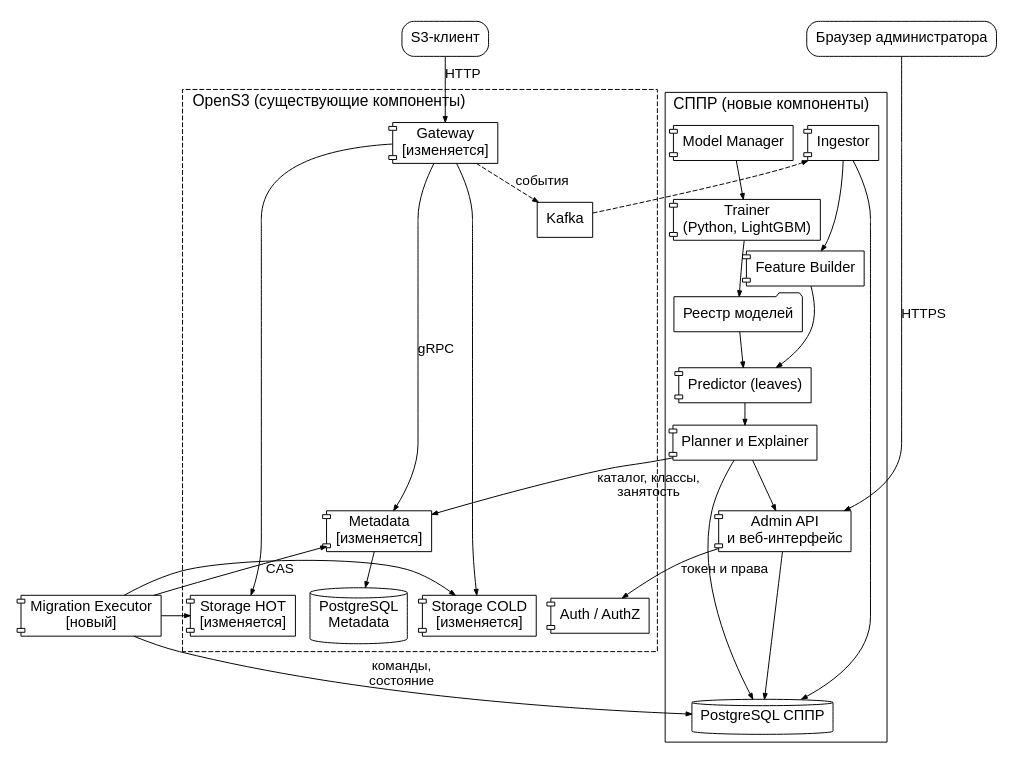
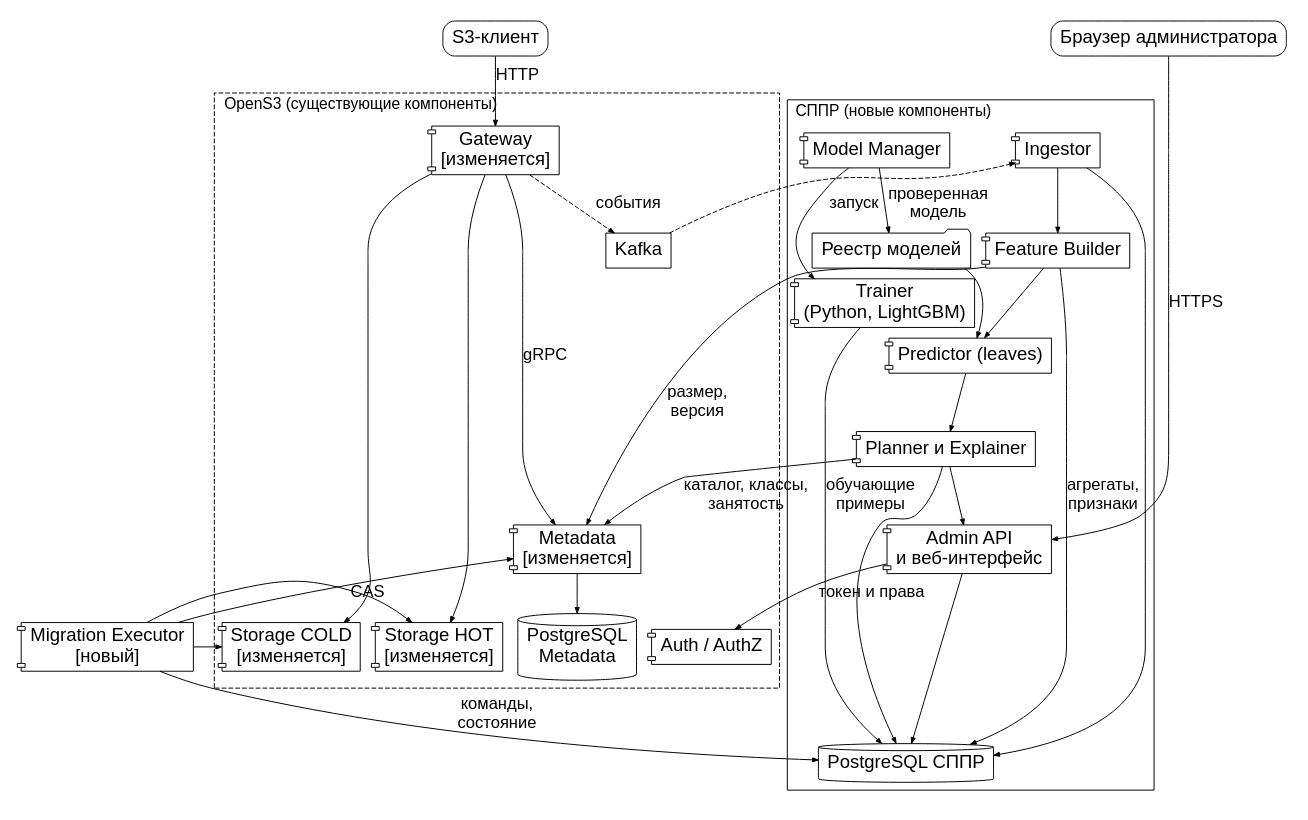
The diagram in 40 - Projects/Диплом/images/src/components.dot (WithSoull/obsidian), drawn with Graphviz before and after one commit. The commit also changed 67 other files, not shown here.

```diff
--- a/40 - Projects/Диплом/images/src/components.dot
+++ b/40 - Projects/Диплом/images/src/components.dot
@@ -1,54 +1,59 @@
 digraph components {
   graph [rankdir=TB, fontname="Arial", fontsize=16, nodesep=0.21, ranksep=0.30, pad=0.2, newrank=true];
-  node  [shape=component, fontname="Arial", fontsize=15, margin="0.12,0.05"];
-  edge  [fontname="Arial", fontsize=14, arrowsize=0.6];
+  node  [shape=component, fontname="Arial", fontsize=19, margin="0.12,0.05"];
+  edge  [fontname="Arial", fontsize=17, arrowsize=0.6];
 
   client  [label="S3-клиент", shape=box, style=rounded];
   browser [label="Браузер администратора", shape=box, style=rounded];
 
   subgraph cluster_opens3 {
     label="OpenS3 (существующие компоненты)"; labeljust=l; style=dashed;
     gateway  [label="Gateway\n[изменяется]"];
     kafka    [label="Kafka", shape=box];
     metadata [label="Metadata\n[изменяется]"];
     auth     [label="Auth / AuthZ"];
     shot     [label="Storage HOT\n[изменяется]"];
     scold    [label="Storage COLD\n[изменяется]"];
     pgmeta   [label="PostgreSQL\nMetadata", shape=cylinder];
   }
   subgraph cluster_dss {
     label="СППР (новые компоненты)"; labeljust=l; style=solid;
     ingest   [label="Ingestor"];
     features [label="Feature Builder"];
     predictor[label="Predictor (leaves)"];
     planner  [label="Planner и Explainer"];
     api      [label="Admin API\nи веб-интерфейс"];
     modelmgr [label="Model Manager"];
     trainer  [label="Trainer\n(Python, LightGBM)"];
     registry [label="Реестр моделей", shape=folder];
     pgdss    [label="PostgreSQL СППР", shape=cylinder];
   }
   executor [label="Migration Executor\n[новый]"];
 
   client -> gateway [label="HTTP"];
   gateway -> kafka [style=dashed, label="события"];
   gateway -> metadata [label="gRPC"];
   gateway -> shot;
   gateway -> scold;
   metadata -> pgmeta;
   kafka -> ingest [style=dashed];
   ingest -> features -> predictor -> planner -> api;
-  modelmgr -> trainer -> registry -> predictor;
+  modelmgr -> trainer [label="запуск"];
+  modelmgr -> registry [label="проверенная\nмодель"];
+  registry -> predictor;
+  features -> pgdss [label="агрегаты,\nпризнаки"];
+  features -> metadata [label="размер,\nверсия"];
+  trainer -> pgdss [label="обучающие\nпримеры"];
   planner -> metadata [label="каталог, классы,\nзанятость"];
   browser -> api [label="HTTPS"];
   api -> auth [label="токен и права"];
   ingest -> pgdss; planner -> pgdss; api -> pgdss;
   executor -> pgdss [label="команды,\nсостояние"];
   executor -> metadata [label="CAS"];
   executor -> shot;
   executor -> scold;
 
   {rank=same; client; browser;}
   {rank=same; gateway; ingest; modelmgr;}
   {rank=same; shot; scold; pgmeta; executor;}
 }
```
